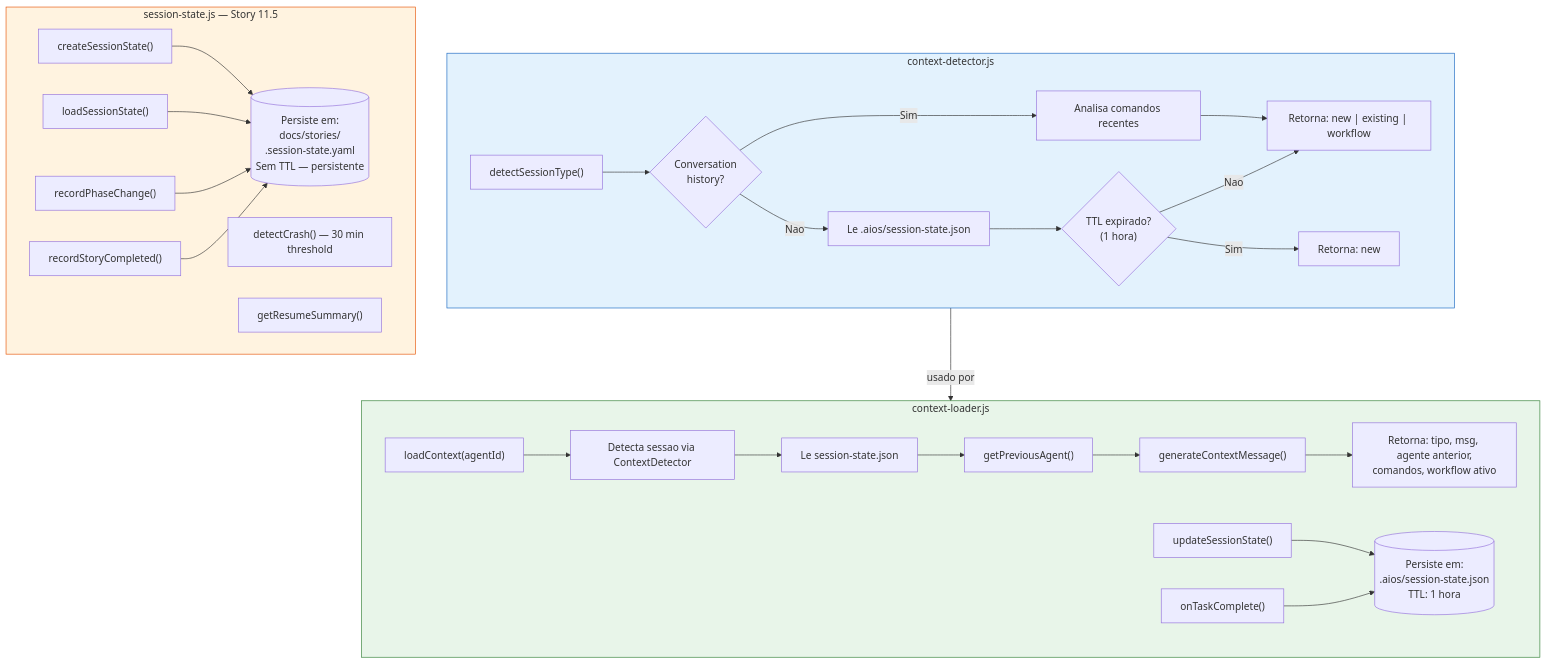
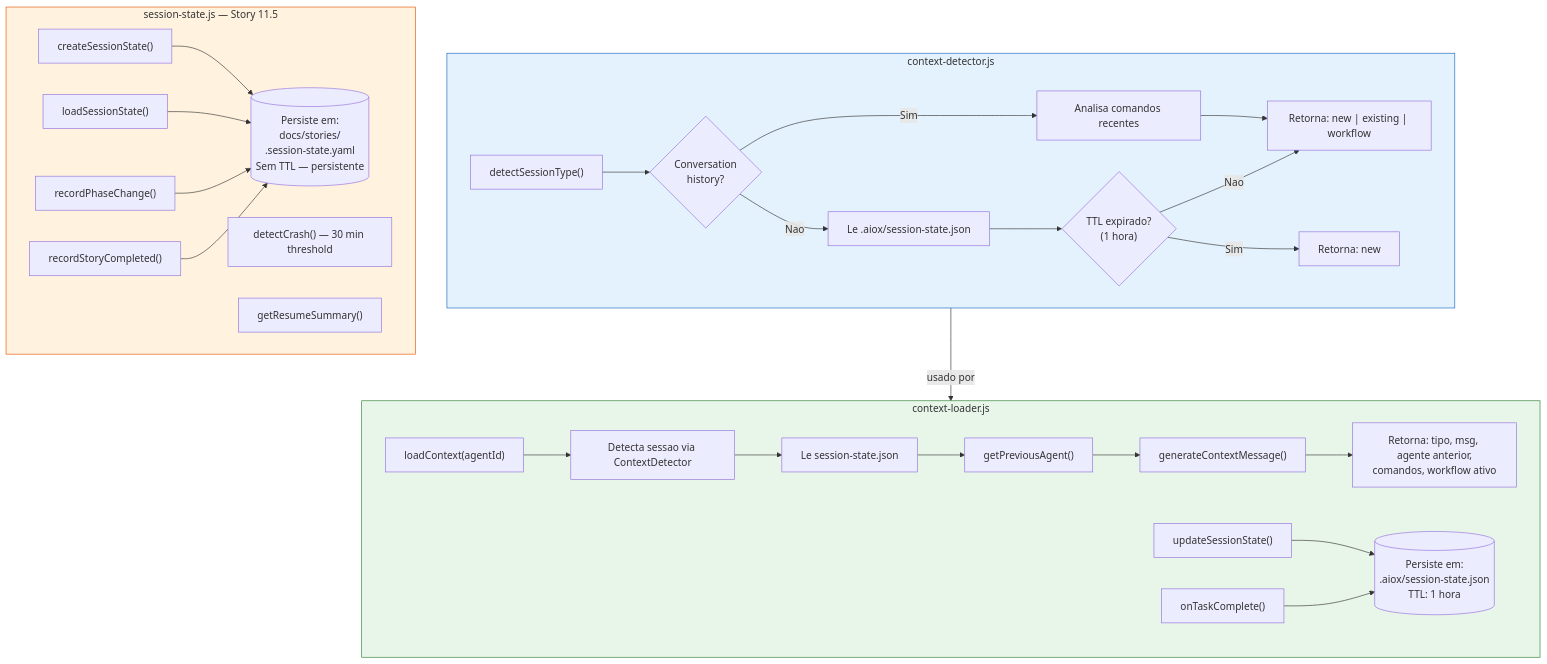
Before and after one commit to brunajunckes/aiox-core: the seventh of 18 diagrams in docs/guides/MEMORY-SYSTEM.md, drawn with Mermaid. The commit also changed other lines of this file and 3396 other files, not shown here.

First line of the commit message:
chore: rebrand aios → aiox across entire codebase (#552)

````diff
--- a/docs/guides/MEMORY-SYSTEM.md
+++ b/docs/guides/MEMORY-SYSTEM.md
@@ -295,60 +295,60 @@
 ```mermaid
 flowchart TD
     subgraph CTX_DETECT["context-detector.js"]
         CD1["detectSessionType()"]
         CD2{"Conversation<br/>history?"}
         CD3["Analisa comandos recentes"]
-        CD4["Le .aios/session-state.json"]
+        CD4["Le .aiox/session-state.json"]
         CD5["Retorna: new | existing | workflow"]
         CD6{"TTL expirado?<br/>(1 hora)"}
 
         CD1 --> CD2
         CD2 -->|"Sim"| CD3
         CD2 -->|"Nao"| CD4
         CD3 --> CD5
         CD4 --> CD6
         CD6 -->|"Sim"| CD7["Retorna: new"]
         CD6 -->|"Nao"| CD5
     end
 
     subgraph CTX_LOADER["context-loader.js"]
         CL1["loadContext(agentId)"]
         CL2["Detecta sessao via ContextDetector"]
         CL3["Le session-state.json"]
         CL4["getPreviousAgent()"]
         CL5["generateContextMessage()"]
         CL6["Retorna: tipo, msg, agente anterior,<br/>comandos, workflow ativo"]
         CL7["updateSessionState()"]
         CL8["onTaskComplete()"]
-        CL9[("Persiste em:<br/>.aios/session-state.json<br/>TTL: 1 hora")]
+        CL9[("Persiste em:<br/>.aiox/session-state.json<br/>TTL: 1 hora")]
 
         CL1 --> CL2
         CL2 --> CL3
         CL3 --> CL4
         CL4 --> CL5
         CL5 --> CL6
         CL7 --> CL9
         CL8 --> CL9
     end
 
     subgraph SESS_STATE["session-state.js — Story 11.5"]
         SS1["createSessionState()"]
         SS2["loadSessionState()"]
         SS3["recordPhaseChange()"]
         SS4["recordStoryCompleted()"]
         SS5["detectCrash() — 30 min threshold"]
         SS6["getResumeSummary()"]
         SS7[("Persiste em:<br/>docs/stories/<br/>.session-state.yaml<br/>Sem TTL — persistente")]
 
         SS1 --> SS7
         SS2 --> SS7
         SS3 --> SS7
         SS4 --> SS7
     end
 
     CTX_DETECT -->|"usado por"| CTX_LOADER
 
     style CTX_DETECT fill:#E3F2FD,stroke:#1565C0
     style CTX_LOADER fill:#E8F5E9,stroke:#2E7D32
     style SESS_STATE fill:#FFF3E0,stroke:#E65100
 ```
````
